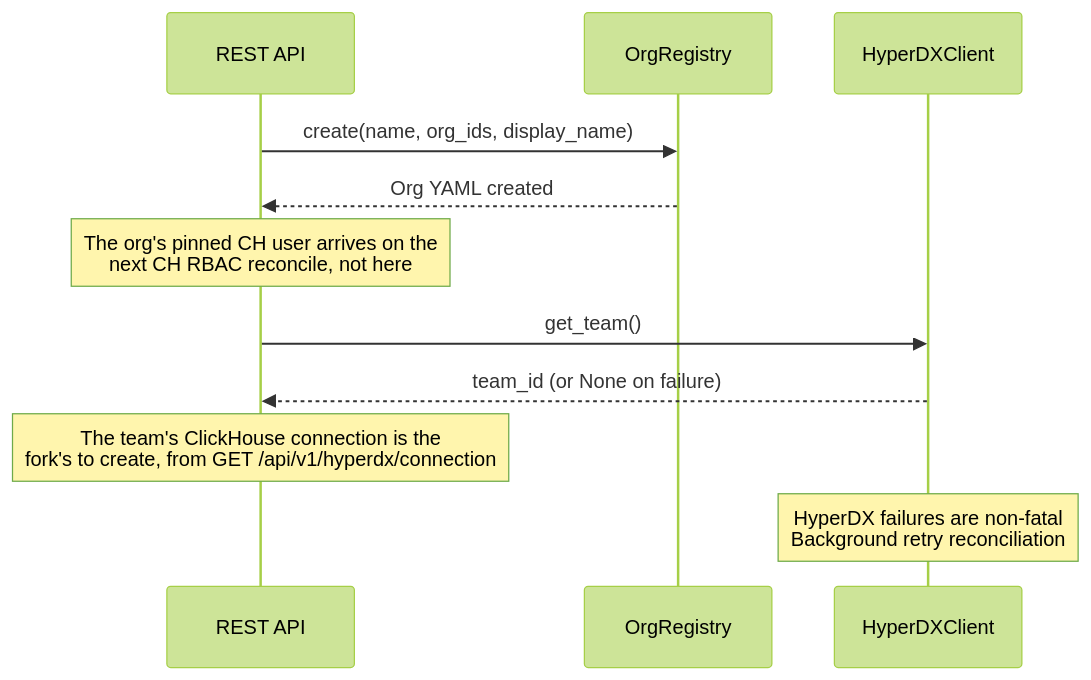
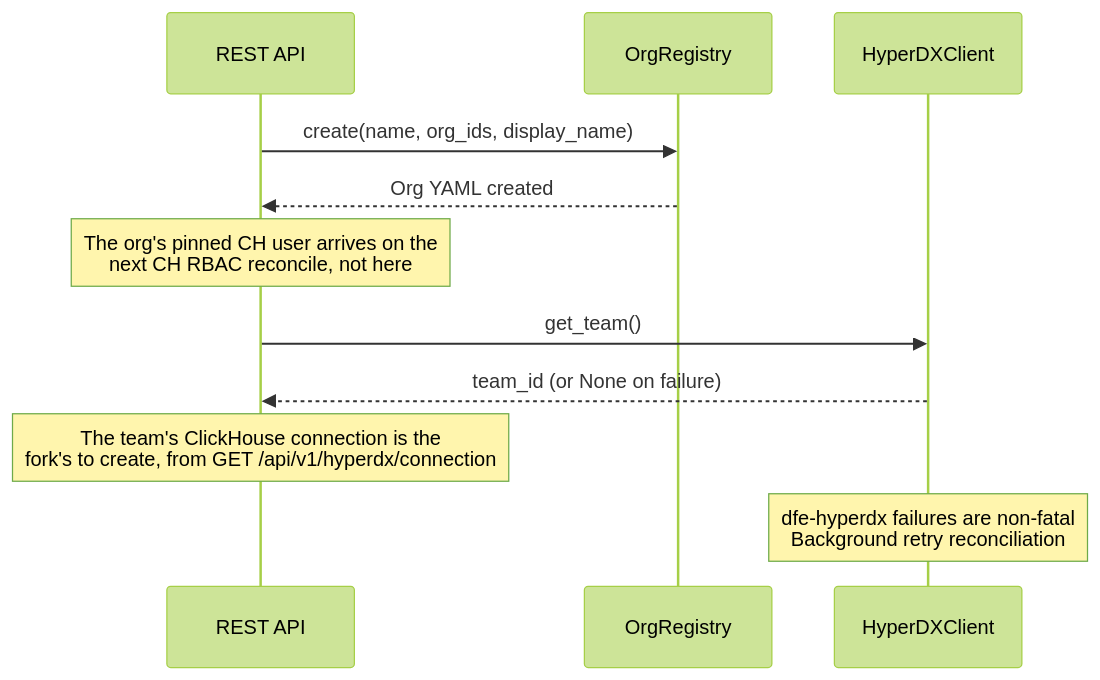
One commit to hyperi-io/dfe-engine changed the seventh of 8 diagrams in docs/control-plane/rbac.md. Above: the diagram before and after it, drawn with Mermaid (forest theme). The commit also changed other lines of this file and 27 other files, not shown here.

````diff
--- a/docs/control-plane/rbac.md
+++ b/docs/control-plane/rbac.md
@@ -598,18 +598,18 @@
 ```mermaid
 sequenceDiagram
     participant API as REST API
     participant OR as OrgRegistry
     participant HDX as HyperDXClient
 
     API->>OR: create(name, org_ids, display_name)
     OR-->>API: Org YAML created
 
     Note over API: The org's pinned CH user arrives on the<br/>next CH RBAC reconcile, not here
 
     API->>HDX: get_team()
     HDX-->>API: team_id (or None on failure)
 
     Note over API: The team's ClickHouse connection is the<br/>fork's to create, from GET /api/v1/hyperdx/connection
 
-    Note over HDX: HyperDX failures are non-fatal<br/>Background retry reconciliation
+    Note over HDX: dfe-hyperdx failures are non-fatal<br/>Background retry reconciliation
 ```
````
